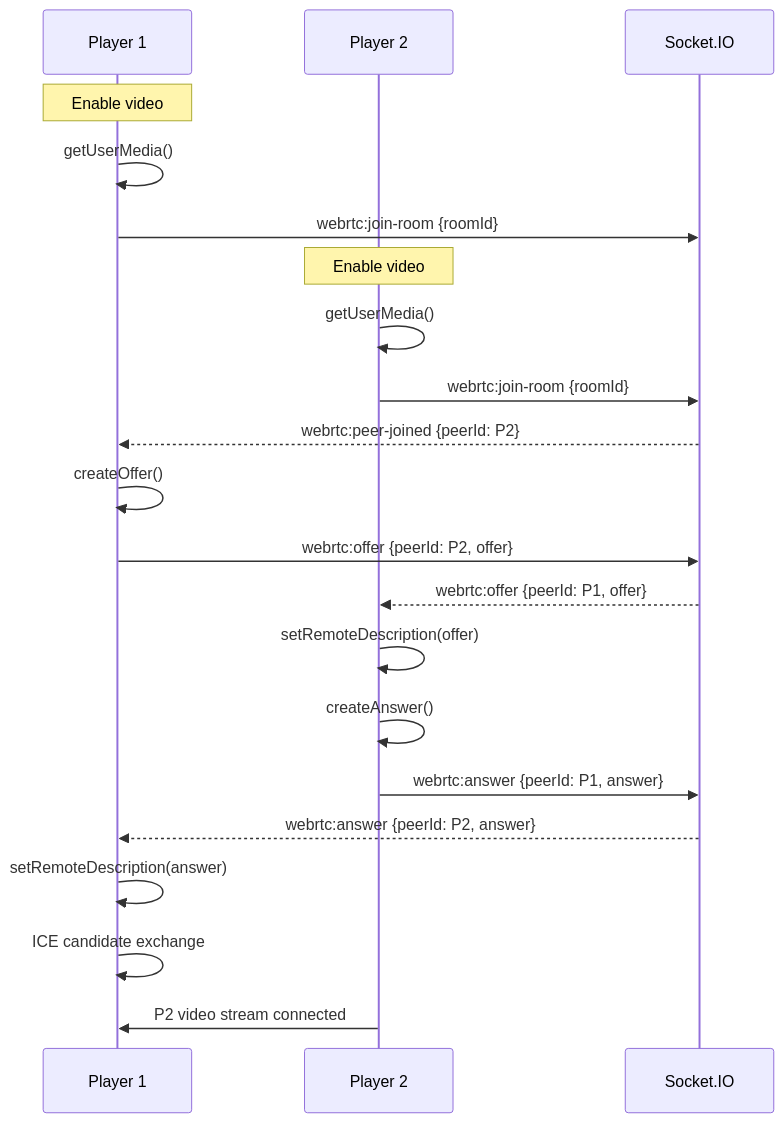
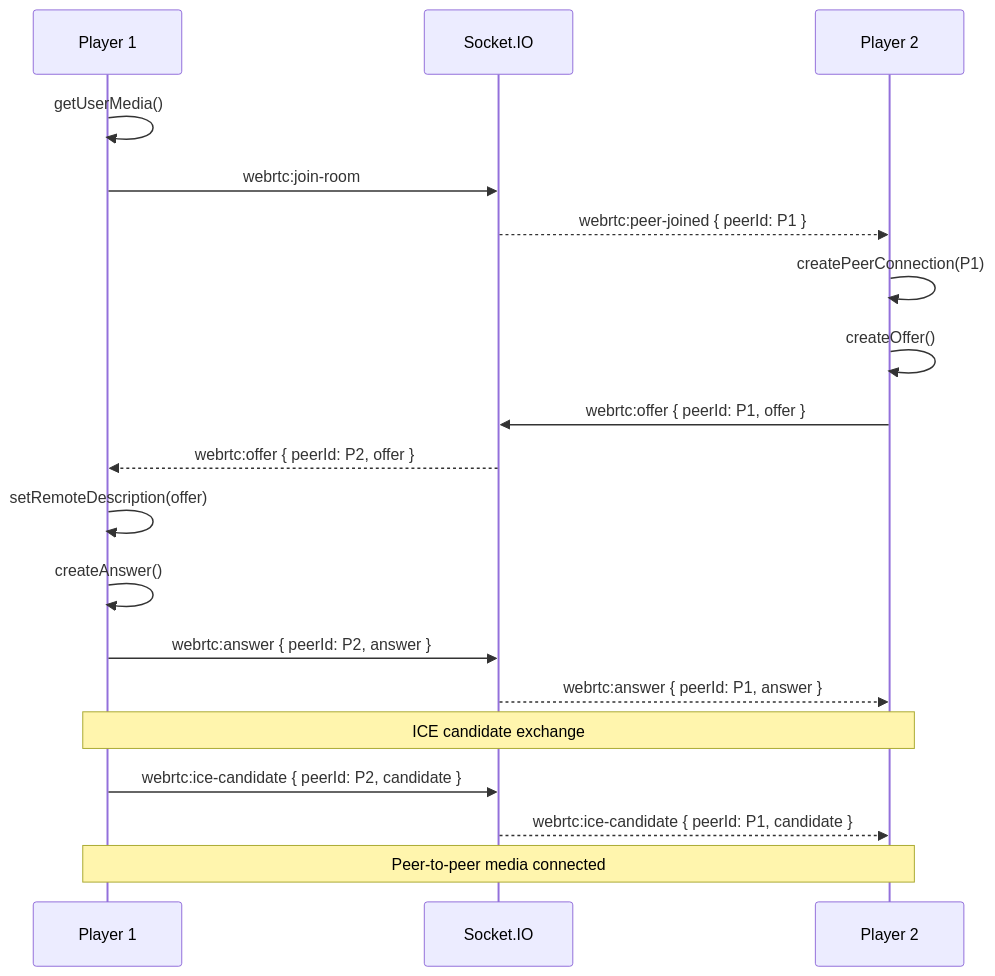
Before and after one commit to longuit2002-blip/spicy-sweet-game: the ninth of 11 diagrams in docs/technical-design/sweet-spicy-game/tdd.md, drawn with Mermaid. The commit also changed other lines of this file and 165 other files, not shown here.

````diff
--- a/docs/technical-design/sweet-spicy-game/tdd.md
+++ b/docs/technical-design/sweet-spicy-game/tdd.md
@@ -1041,28 +726,26 @@
 ```mermaid
 sequenceDiagram
     participant P1 as Player 1
+    participant Server as Socket.IO
     participant P2 as Player 2
-    participant Server as Socket.IO
-    
-    Note over P1: Enable video
+
     P1->>P1: getUserMedia()
-    P1->>Server: webrtc:join-room {roomId}
-    
-    Note over P2: Enable video
-    P2->>P2: getUserMedia()
-    P2->>Server: webrtc:join-room {roomId}
-    Server-->>P1: webrtc:peer-joined {peerId: P2}
-    
-    P1->>P1: createOffer()
-    P1->>Server: webrtc:offer {peerId: P2, offer}
-    Server-->>P2: webrtc:offer {peerId: P1, offer}
-    
-    P2->>P2: setRemoteDescription(offer)
-    P2->>P2: createAnswer()
-    P2->>Server: webrtc:answer {peerId: P1, answer}
-    Server-->>P1: webrtc:answer {peerId: P2, answer}
-    
-    P1->>P1: setRemoteDescription(answer)
-    P1->>P1: ICE candidate exchange
-    P2->>P1: P2 video stream connected
+    P1->>Server: webrtc:join-room
+    Server-->>P2: webrtc:peer-joined { peerId: P1 }
+
+    P2->>P2: createPeerConnection(P1)
+    P2->>P2: createOffer()
+    P2->>Server: webrtc:offer { peerId: P1, offer }
+    Server-->>P1: webrtc:offer { peerId: P2, offer }
+
+    P1->>P1: setRemoteDescription(offer)
+    P1->>P1: createAnswer()
+    P1->>Server: webrtc:answer { peerId: P2, answer }
+    Server-->>P2: webrtc:answer { peerId: P1, answer }
+
+    Note over P1, P2: ICE candidate exchange
+    P1->>Server: webrtc:ice-candidate { peerId: P2, candidate }
+    Server-->>P2: webrtc:ice-candidate { peerId: P1, candidate }
+
+    Note over P1, P2: Peer-to-peer media connected
 ```
````
